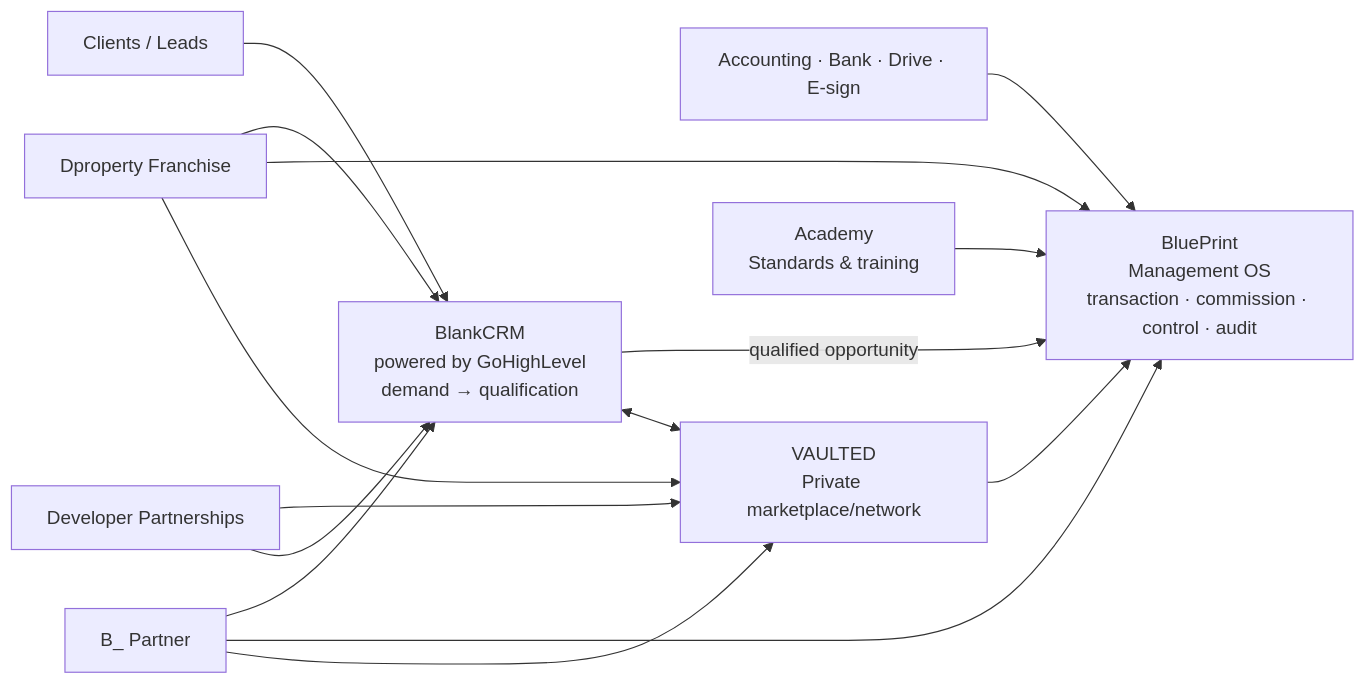
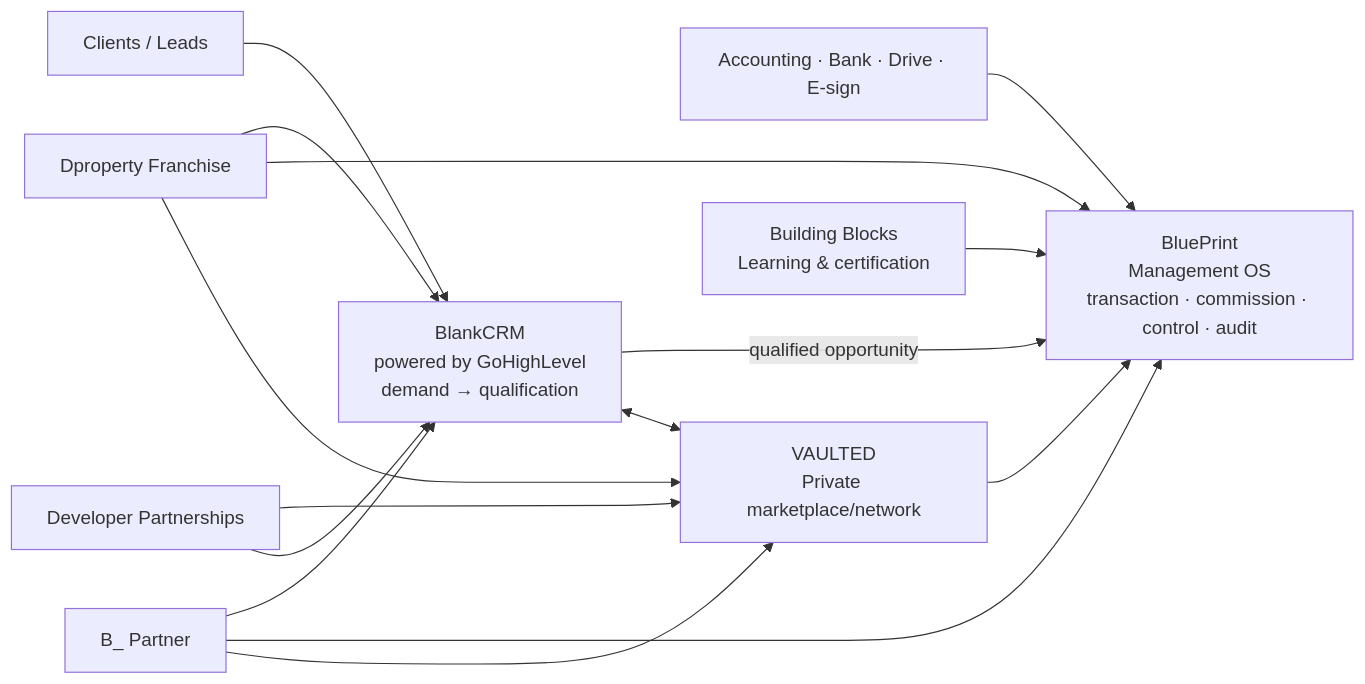
One commit to esteban123210/Dproperty_OS changed the diagram in second_brain/01_Canon/01 - Ecosystem Master Map.md. Above: the diagram before and after it, drawn with Mermaid. The commit also changed other lines of this file and 141 other files, not shown here.

First line of the commit message:
feat(canon): Building Blocks becomes a standalone product; add Portfolio Composition Principle

````diff
--- a/second_brain/01_Canon/01 - Ecosystem Master Map.md
+++ b/second_brain/01_Canon/01 - Ecosystem Master Map.md
@@ -26,26 +26,26 @@
 ```mermaid
 flowchart LR
     C["Clients / Leads"] --> CRM["BlankCRM
 powered by GoHighLevel
 demand → qualification"]
     CRM -->|"qualified opportunity"| BP["BluePrint
 Management OS
 transaction · commission · control · audit"]
     EXT["Accounting · Bank · Drive · E-sign"] --> BP
     CRM <--> VA["VAULTED
 Private marketplace/network"]
     VA --> BP
-    AC["Academy
-Standards & training"] --> BP
+    AC["Building Blocks
+Learning & certification"] --> BP
 
     FR["Dproperty Franchise"] --> CRM
     FR --> BP
     FR --> VA
 
     PT["B_ Partner"] --> CRM
     PT --> BP
     PT --> VA
 
     DEV["Developer Partnerships"] --> VA
     DEV --> CRM
 ```
````
